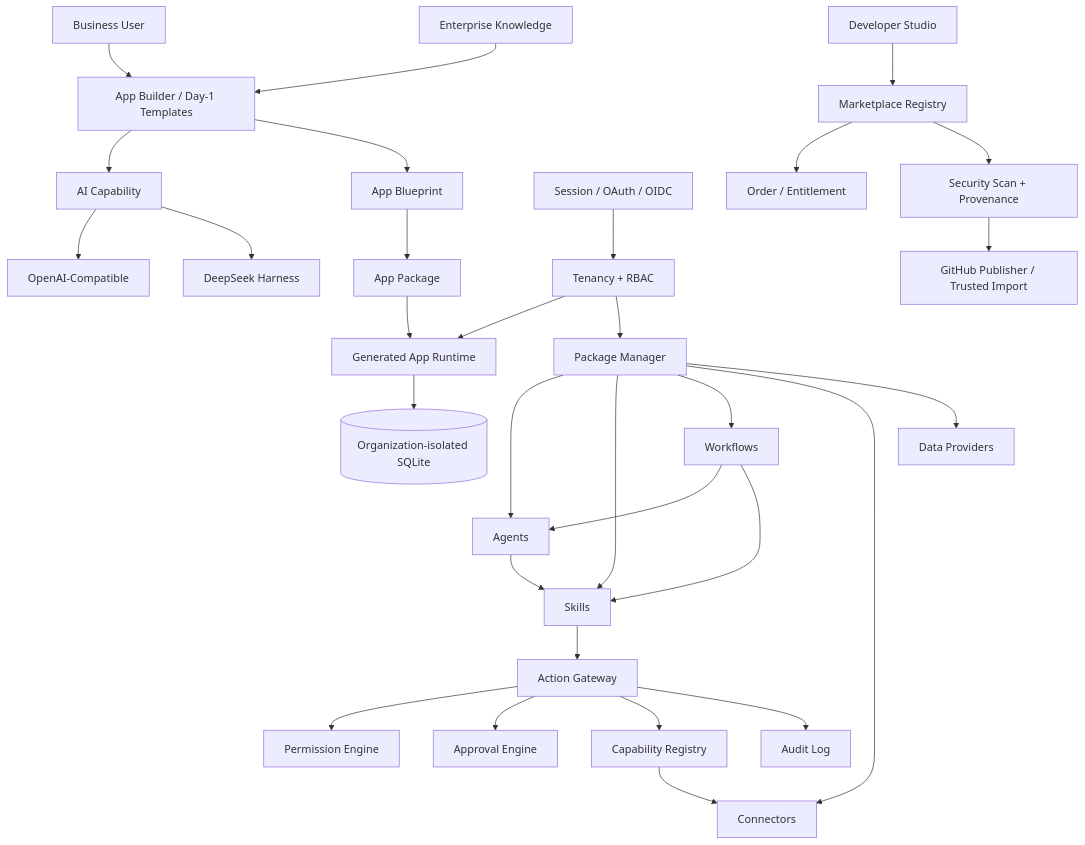
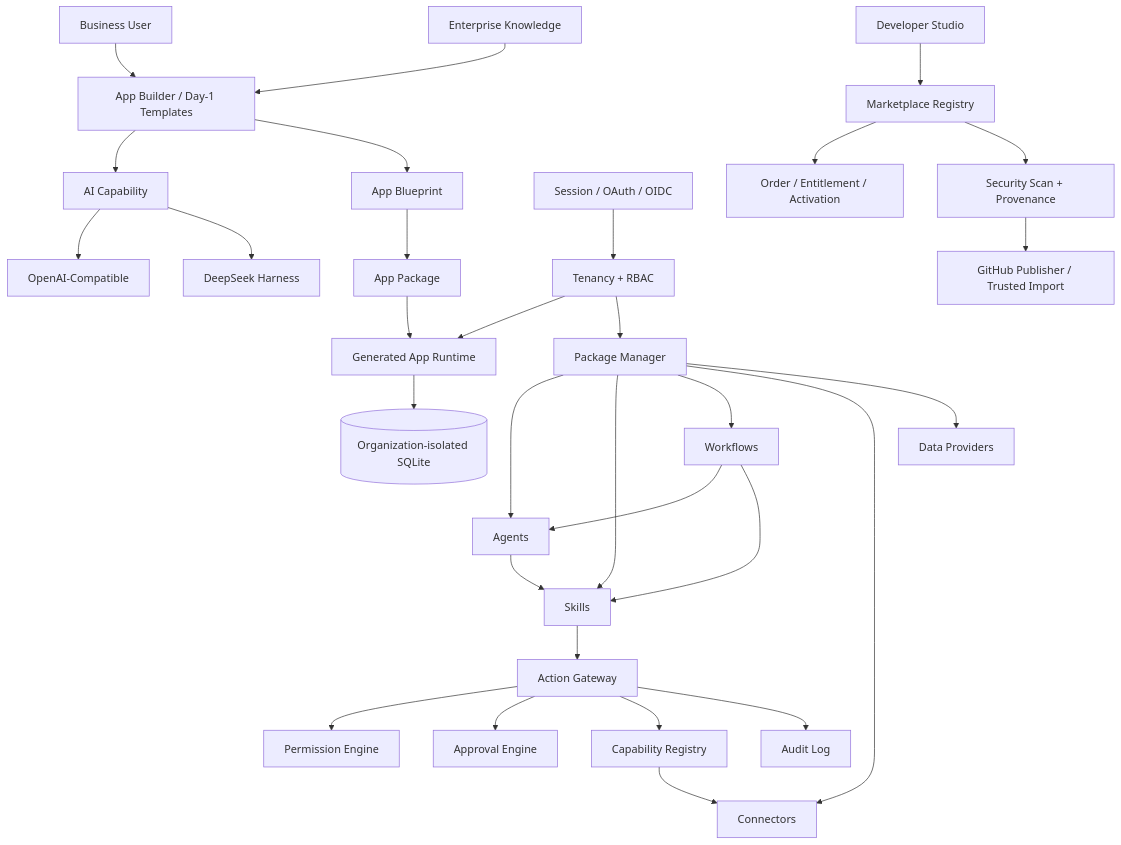
Before and after one commit to Buer5460/open-enterprise-ai-platform: the diagram in README.md, drawn with Mermaid. The commit also changed other lines of this file, not shown here.

````diff
--- a/README.md
+++ b/README.md
@@ -215,37 +220,37 @@
 ```mermaid
 flowchart TD
     U[Business User] --> B[App Builder / Day-1 Templates]
     KB[Enterprise Knowledge] --> B
     B --> AI[AI Capability]
     AI --> OAI[OpenAI-Compatible]
     AI --> DSH[DeepSeek Harness]
     B --> BP[App Blueprint]
     BP --> AP[App Package]
     AP --> DR[Generated App Runtime]
     DR --> DB[(Organization-isolated SQLite)]
 
     PM[Package Manager] --> A[Agents]
     PM --> S[Skills]
     PM --> W[Workflows]
     PM --> C[Connectors]
     PM --> DP[Data Providers]
 
     A --> S
     S --> G[Action Gateway]
     W --> A
     W --> S
     G --> PE[Permission Engine]
     G --> AE[Approval Engine]
     G --> CR[Capability Registry]
     CR --> C
     G --> AL[Audit Log]
 
     ID[Session / OAuth / OIDC] --> RBAC[Tenancy + RBAC]
     RBAC --> DR
     RBAC --> PM
 
     DS[Developer Studio] --> M[Marketplace Registry]
-    M --> ENT[Order / Entitlement]
+    M --> ENT[Order / Entitlement / Activation]
     M --> PROV[Security Scan + Provenance]
     PROV --> GH[GitHub Publisher / Trusted Import]
 ```
````
